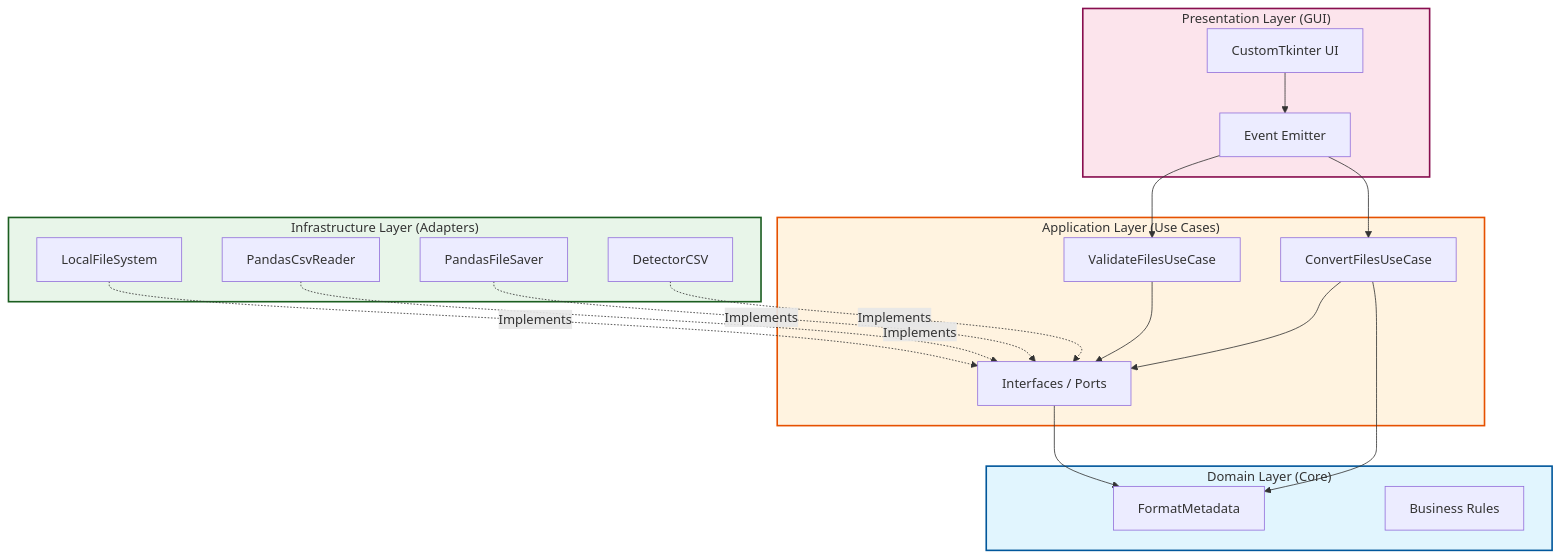
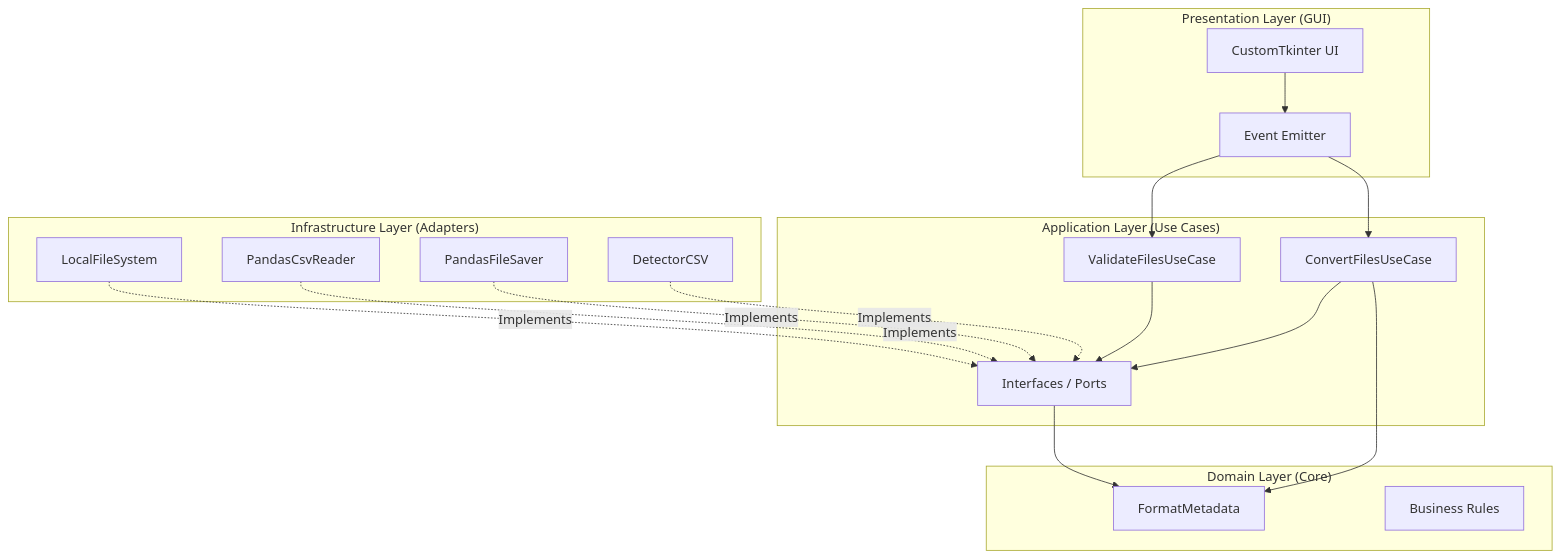
Before and after one commit to Isllanrx/Conversor_Analitico: the diagram in README.md, drawn with Mermaid. The commit also changed other lines of this file, not shown here.

````diff
--- a/README.md
+++ b/README.md
@@ -13,46 +26,40 @@
 ```mermaid
 graph TD
     subgraph Presentation ["Presentation Layer (GUI)"]
         UI[CustomTkinter UI]
         Events[Event Emitter]
     end
 
     subgraph Application ["Application Layer (Use Cases)"]
         Validate[ValidateFilesUseCase]
         Convert[ConvertFilesUseCase]
         Ports[Interfaces / Ports]
     end
 
     subgraph Domain ["Domain Layer (Core)"]
         Entities[FormatMetadata]
         Bus[Business Rules]
     end
 
     subgraph Infrastructure ["Infrastructure Layer (Adapters)"]
         FS[LocalFileSystem]
         Reader[PandasCsvReader]
         Saver[PandasFileSaver]
         Detect[DetectorCSV]
     end
 
     UI --> Events
     Events --> Validate
     Events --> Convert
-    
+
     Validate --> Ports
     Convert --> Ports
-    
+
     Ports --> Entities
     Convert --> Entities
-    
+
     FS -.->|Implements| Ports
     Reader -.->|Implements| Ports
     Saver -.->|Implements| Ports
     Detect -.->|Implements| Ports
-    
-    %% Setup Dependency Inversion Rule
-    style Domain fill:#e1f5fe,stroke:#01579b,stroke-width:2px
-    style Application fill:#fff3e0,stroke:#e65100,stroke-width:2px
-    style Infrastructure fill:#e8f5e9,stroke:#1b5e20,stroke-width:2px
-    style Presentation fill:#fce4ec,stroke:#880e4f,stroke-width:2px
 ```
````
